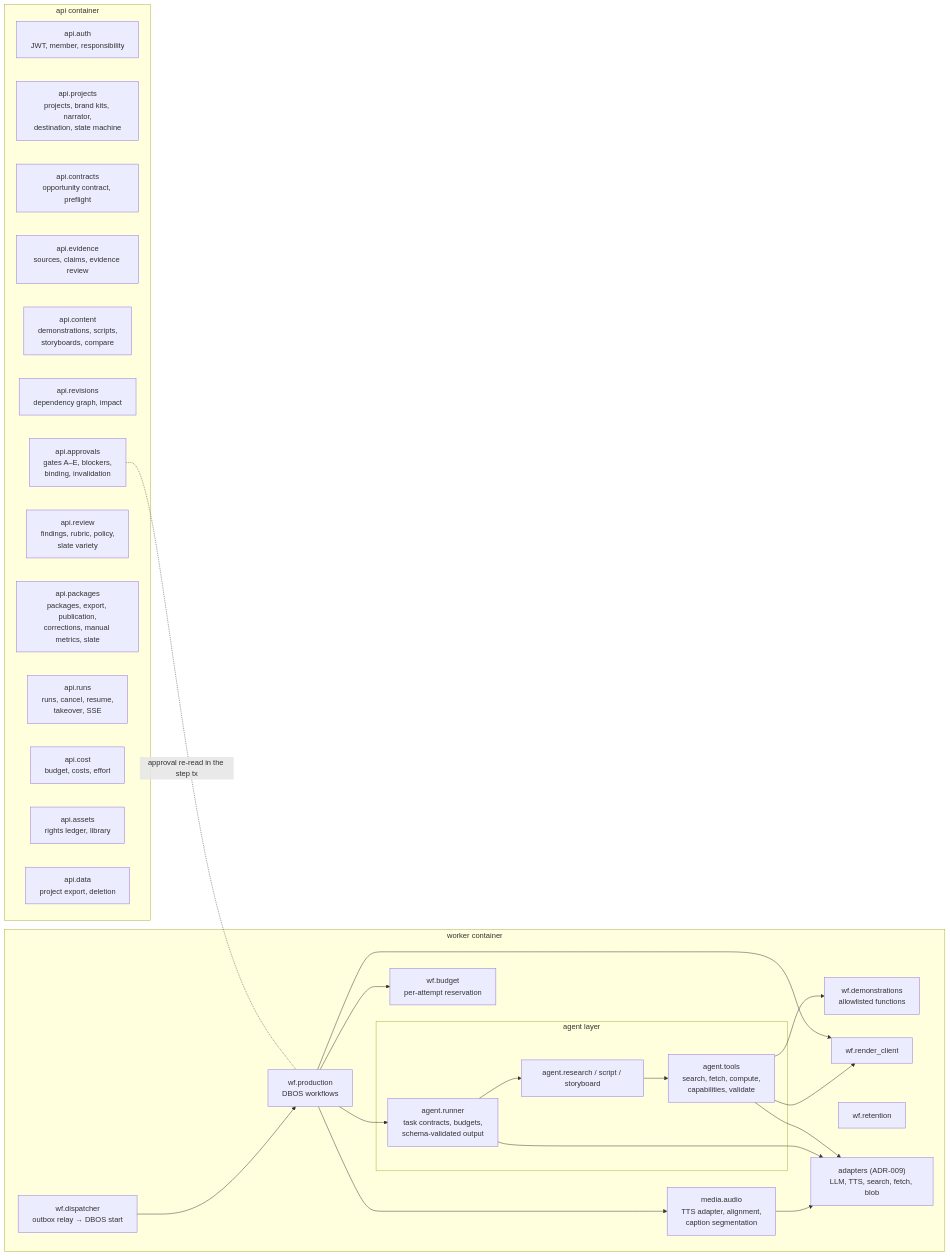
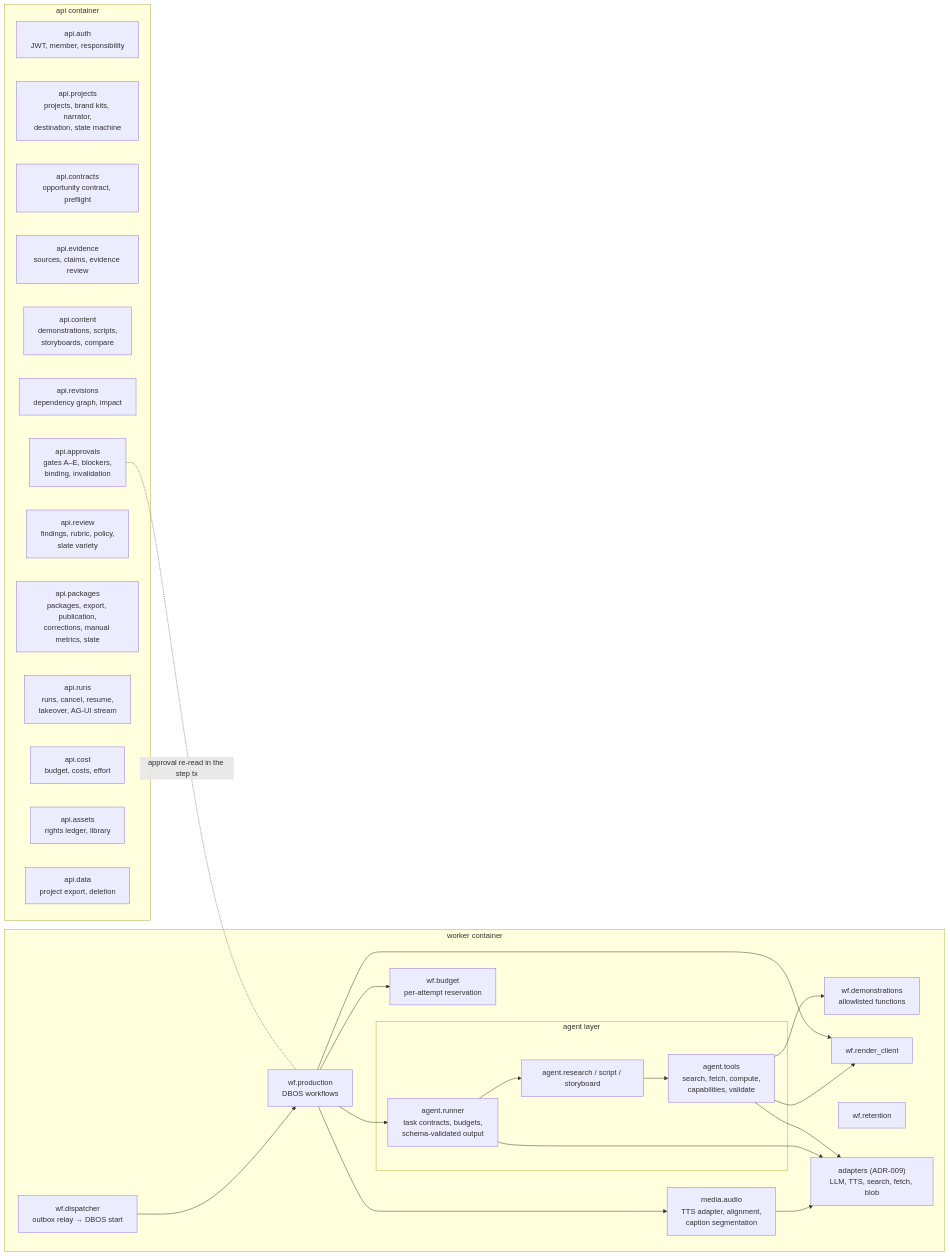
One commit to swa01wk/opportunity-os changed the third of 7 diagrams in docs/architecture/ARCHITECTURE.md. Above: the diagram before and after it, drawn with Mermaid. The commit also changed other lines of this file and 16 other files, not shown here.

First line of the commit message:
docs(architecture): agent architecture and AG-UI event stream

````diff
--- a/docs/architecture/ARCHITECTURE.md
+++ b/docs/architecture/ARCHITECTURE.md
@@ -80,43 +80,43 @@
 ```mermaid
 flowchart LR
   subgraph api["api container"]
     auth["api.auth<br/>JWT, member, responsibility"]
     projects["api.projects<br/>projects, brand kits, narrator,<br/>destination, state machine"]
     contracts["api.contracts<br/>opportunity contract, preflight"]
     evidence["api.evidence<br/>sources, claims, evidence review"]
     content["api.content<br/>demonstrations, scripts,<br/>storyboards, compare"]
     revisions["api.revisions<br/>dependency graph, impact"]
     approvals["api.approvals<br/>gates A–E, blockers,<br/>binding, invalidation"]
     review["api.review<br/>findings, rubric, policy,<br/>slate variety"]
     packages["api.packages<br/>packages, export, publication,<br/>corrections, manual metrics, slate"]
-    runs["api.runs<br/>runs, cancel, resume,<br/>takeover, SSE"]
+    runs["api.runs<br/>runs, cancel, resume,<br/>takeover, AG-UI stream"]
     cost["api.cost<br/>budget, costs, effort"]
     assets["api.assets<br/>rights ledger, library"]
     data["api.data<br/>project export, deletion"]
   end
   subgraph worker["worker container"]
     disp["wf.dispatcher<br/>outbox relay → DBOS start"]
     prod["wf.production<br/>DBOS workflows"]
     budget["wf.budget<br/>per-attempt reservation"]
     demo["wf.demonstrations<br/>allowlisted functions"]
     rclient["wf.render_client"]
     ret["wf.retention"]
     audio["media.audio<br/>TTS adapter, alignment,<br/>caption segmentation"]
     subgraph agent["agent layer"]
       runner["agent.runner<br/>task contracts, budgets,<br/>schema-validated output"]
       tasks["agent.research / script / storyboard"]
       tools["agent.tools<br/>search, fetch, compute,<br/>capabilities, validate"]
     end
     adapters["adapters (ADR-009)<br/>LLM, TTS, search, fetch, blob"]
   end
   disp --> prod
   prod --> budget
   prod --> runner --> tasks --> tools
   tools --> demo
   tools --> rclient
   prod --> audio --> adapters
   prod --> rclient
   runner --> adapters
   tools --> adapters
   approvals -.-|"approval re-read in the step tx"| prod
 ```
````
